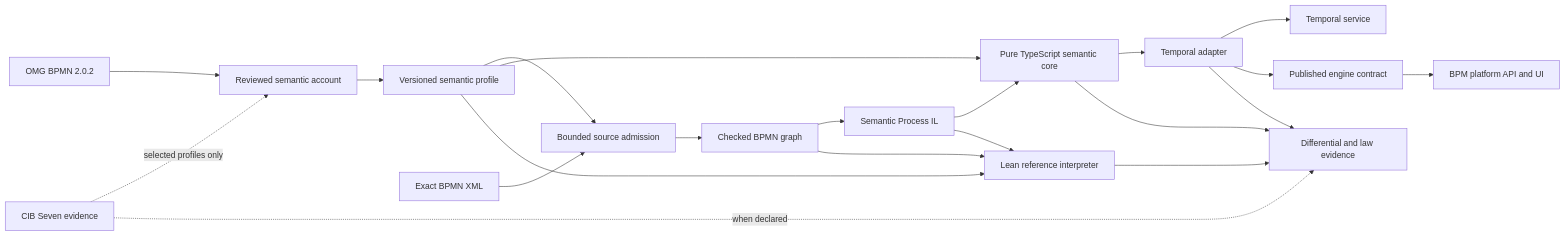
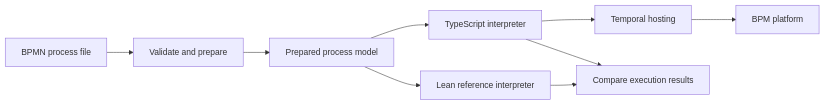
The first of 2 diagrams in README.md (mbackschat/bpmn-lean-experiment), drawn with Mermaid before and after one commit. The commit also changed other lines of this file and 4 other files, not shown here.

First line of the commit message:
docs(readme): explain the approach for BPMN and Temporal readers

````diff
--- a/README.md
+++ b/README.md
@@ -88,25 +126,11 @@
 ```mermaid
 flowchart LR
-  BPMN[OMG BPMN 2.0.2] --> Account[Reviewed semantic account]
-  CIB[CIB Seven evidence] -. selected profiles only .-> Account
-  Account --> Profile[Versioned semantic profile]
-
-  XML[Exact BPMN XML] --> Source[Bounded source admission]
-  Profile --> Source
-  Source --> Checked[Checked BPMN graph]
-  Checked --> IL[Semantic Process IL]
-  IL --> Core[Pure TypeScript semantic core]
-  Profile --> Core
-  Core --> Adapter[Temporal adapter]
-  Adapter --> Temporal[Temporal service]
-  Adapter --> API[Published engine contract]
-  API --> Platform[BPM platform API and UI]
-
-  Checked --> Lean[Lean reference interpreter]
-  IL --> Lean
-  Profile --> Lean
-  Lean --> Evidence[Differential and law evidence]
-  Core --> Evidence
-  Adapter --> Evidence
-  CIB -. when declared .-> Evidence
+  XML[BPMN process file] --> Import[Validate and prepare]
+  Import --> Model[Prepared process model]
+  Model --> Core[TypeScript interpreter]
+  Core --> Host[Temporal hosting]
+  Host --> Platform[BPM platform]
+  Model --> Lean[Lean reference interpreter]
+  Lean --> Tests[Compare execution results]
+  Core --> Tests
 ```
````
